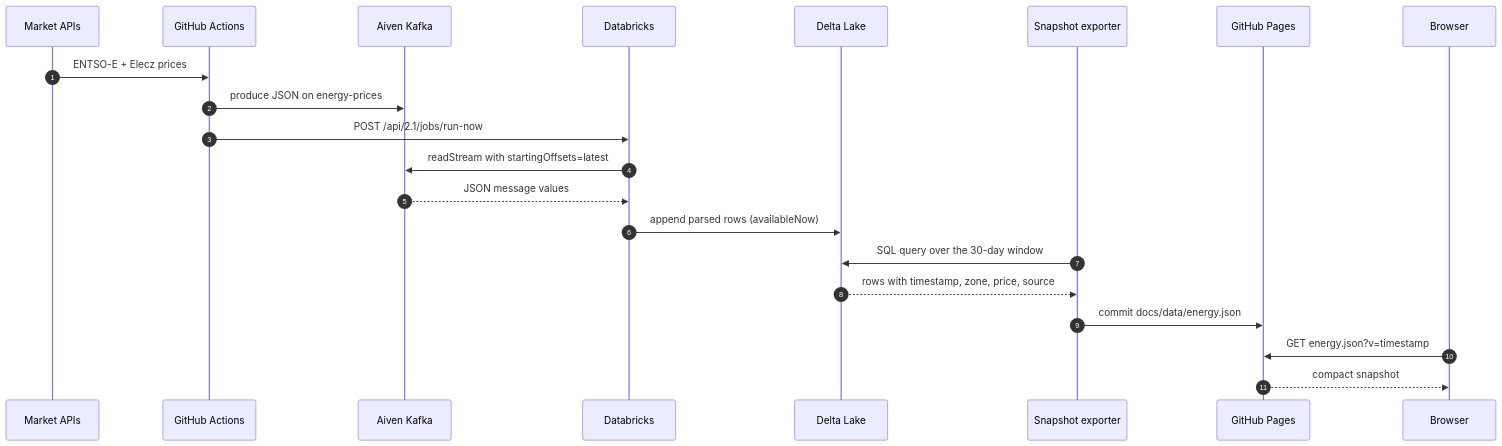
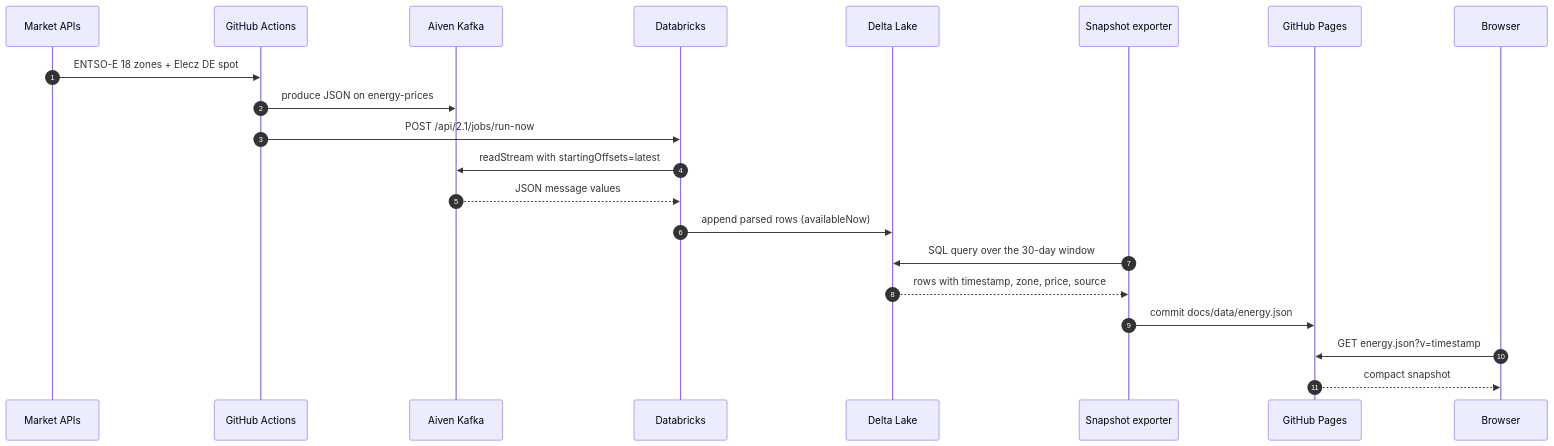
Before and after one commit to mdsarfarazalam840/Energy-realtime: the second of 3 diagrams in README.md, drawn with Mermaid. The commit also changed other lines of this file and 4 other files, not shown here.

First line of the commit message:
feat: ingest 18 ENTSO-E bidding zones

````diff
--- a/README.md
+++ b/README.md
@@ -194,24 +197,24 @@
 ```mermaid
 sequenceDiagram
   autonumber
   participant SRC as Market APIs
   participant GH as GitHub Actions
   participant K as Aiven Kafka
   participant DBX as Databricks
   participant DLT as Delta Lake
   participant EXP as Snapshot exporter
   participant PGS as GitHub Pages
   participant UI as Browser
 
-  SRC->>GH: ENTSO-E + Elecz prices
+  SRC->>GH: ENTSO-E 18 zones + Elecz DE spot
   GH->>K: produce JSON on energy-prices
   GH->>DBX: POST /api/2.1/jobs/run-now
   DBX->>K: readStream with startingOffsets=latest
   K-->>DBX: JSON message values
   DBX->>DLT: append parsed rows (availableNow)
   EXP->>DLT: SQL query over the 30-day window
   DLT-->>EXP: rows with timestamp, zone, price, source
   EXP->>PGS: commit docs/data/energy.json
   UI->>PGS: GET energy.json?v=timestamp
   PGS-->>UI: compact snapshot
 ```
````
